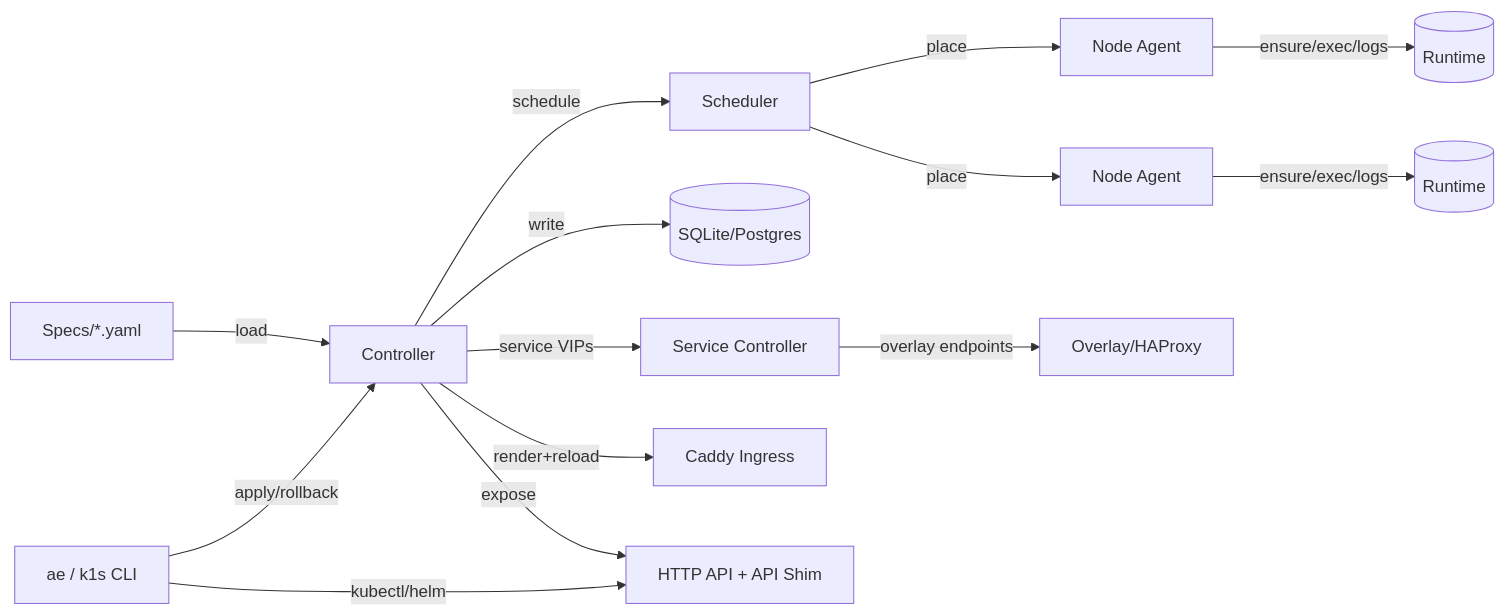
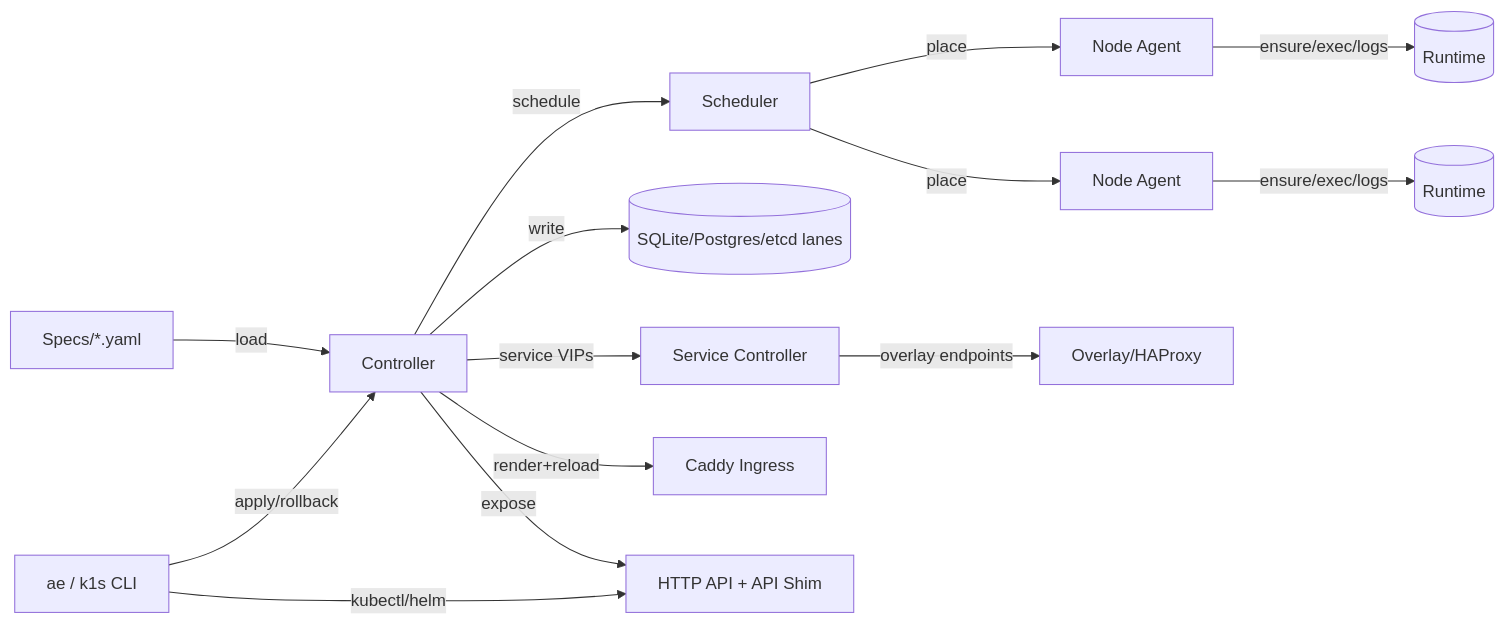
Before and after one commit to the-cm-collective/k1s: the diagram in docs/getting-started/overview.md, drawn with Mermaid. The commit also changed other lines of this file and 48 other files, not shown here.

````diff
--- a/docs/getting-started/overview.md
+++ b/docs/getting-started/overview.md
@@ -38,16 +39,16 @@
 ```mermaid
 flowchart LR
   A[Specs/*.yaml] -->|load| C[Controller]
   C -->|schedule| SCH[Scheduler]
   SCH -->|place| N1[Node Agent]
   SCH -->|place| N2[Node Agent]
-  C -->|write| S[(SQLite/Postgres)]
+  C -->|write| S[(SQLite/Postgres/etcd lanes)]
   C -->|service VIPs| SV[Service Controller]
   SV -->|overlay endpoints| O[Overlay/HAProxy]
   C -->|render+reload| I[Caddy Ingress]
   N1 -->|ensure/exec/logs| R1[(Runtime)]
   N2 -->|ensure/exec/logs| R2[(Runtime)]
   C -->|expose| API[HTTP API + API Shim]
   CLI[ae / k1s CLI] -->|apply/rollback| C
   CLI -->|kubectl/helm| API
 ```
````
